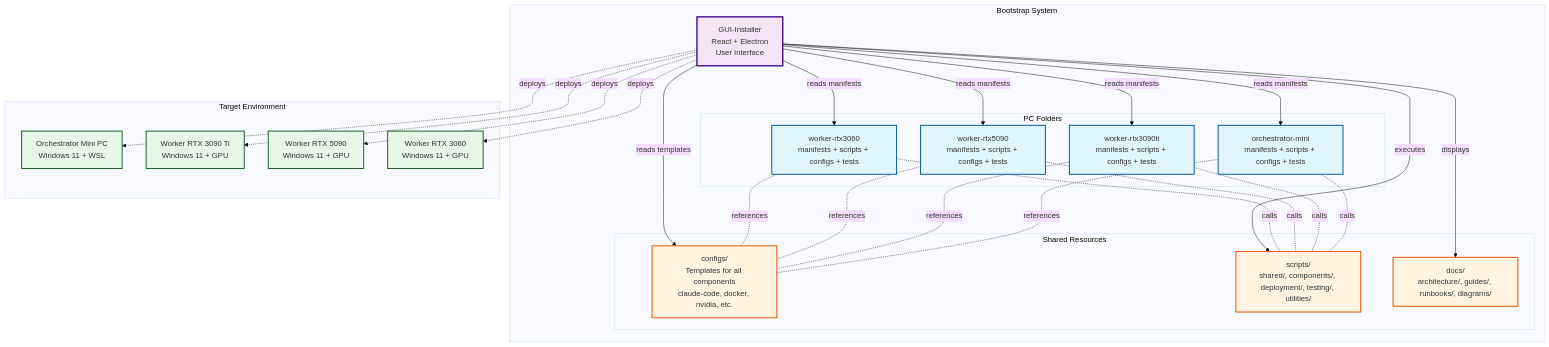
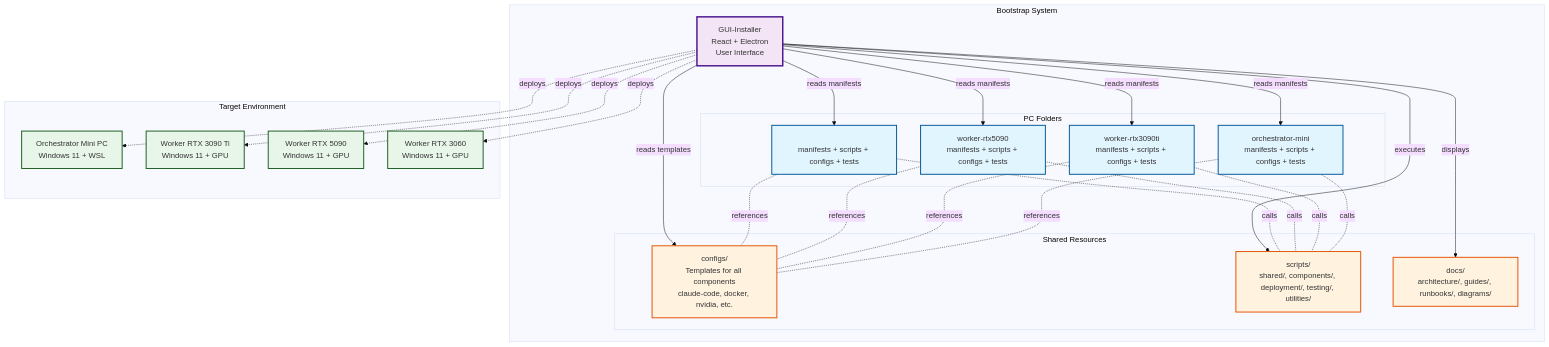
Before and after one commit to ellisapotheosis/Project-Nyra: the diagram in docs/architecture/diagrams/bootstrap-structure.mmd, drawn with Mermaid (base theme). The commit also changed 226 other files, not shown here.

First line of the commit message:
refactor(infra)!: purge retired RTX 3060 GPU worker from all active config, code and docs

```diff
--- a/docs/architecture/diagrams/bootstrap-structure.mmd
+++ b/docs/architecture/diagrams/bootstrap-structure.mmd
@@ -1,65 +1,65 @@
 %% Bootstrap Folder Structure - C4 Container Diagram
 %% View at: https://mermaid.live/
 
 graph TB
     subgraph "Bootstrap System"
         GUI[GUI-Installer<br/>React + Electron<br/>User Interface]
 
         subgraph "PC Folders"
-            W3060[worker-rtx3060<br/>manifests + scripts + configs + tests]
+ W3060[<br/>manifests + scripts + configs + tests]
             W5090[worker-rtx5090<br/>manifests + scripts + configs + tests]
             W3090[worker-rtx3090ti<br/>manifests + scripts + configs + tests]
             ORCH[orchestrator-mini<br/>manifests + scripts + configs + tests]
         end
 
         subgraph "Shared Resources"
             CONFIGS[configs/<br/>Templates for all components<br/>claude-code, docker, nvidia, etc.]
             SCRIPTS[scripts/<br/>shared/, components/, deployment/, testing/, utilities/]
             DOCS[docs/<br/>architecture/, guides/, runbooks/, diagrams/]
         end
     end
 
     subgraph "Target Environment"
         PC1[Orchestrator Mini PC<br/>Windows 11 + WSL]
         PC2[Worker RTX 3090 Ti<br/>Windows 11 + GPU]
         PC3[Worker RTX 5090<br/>Windows 11 + GPU]
         PC4[Worker RTX 3060<br/>Windows 11 + GPU]
     end
 
     %% GUI reads from PC folders
     GUI -->|reads manifests| W3060
     GUI -->|reads manifests| W5090
     GUI -->|reads manifests| W3090
     GUI -->|reads manifests| ORCH
 
     %% GUI uses shared resources
     GUI -->|reads templates| CONFIGS
     GUI -->|executes| SCRIPTS
     GUI -->|displays| DOCS
 
     %% GUI deploys to PCs
     GUI -.->|deploys| PC1
     GUI -.->|deploys| PC2
     GUI -.->|deploys| PC3
     GUI -.->|deploys| PC4
 
     %% PC folders reference shared resources
     W3060 -.-|references| CONFIGS
     W3060 -.-|calls| SCRIPTS
     W5090 -.-|references| CONFIGS
     W5090 -.-|calls| SCRIPTS
     W3090 -.-|references| CONFIGS
     W3090 -.-|calls| SCRIPTS
     ORCH -.-|references| CONFIGS
     ORCH -.-|calls| SCRIPTS
 
     %% Styling
     classDef pcFolder fill:#e1f5ff,stroke:#01579b,stroke-width:2px
     classDef shared fill:#fff3e0,stroke:#e65100,stroke-width:2px
     classDef gui fill:#f3e5f5,stroke:#4a148c,stroke-width:3px
     classDef target fill:#e8f5e9,stroke:#1b5e20,stroke-width:2px
 
     class W3060,W5090,W3090,ORCH pcFolder
     class CONFIGS,SCRIPTS,DOCS shared
     class GUI gui
     class PC1,PC2,PC3,PC4 target
```
